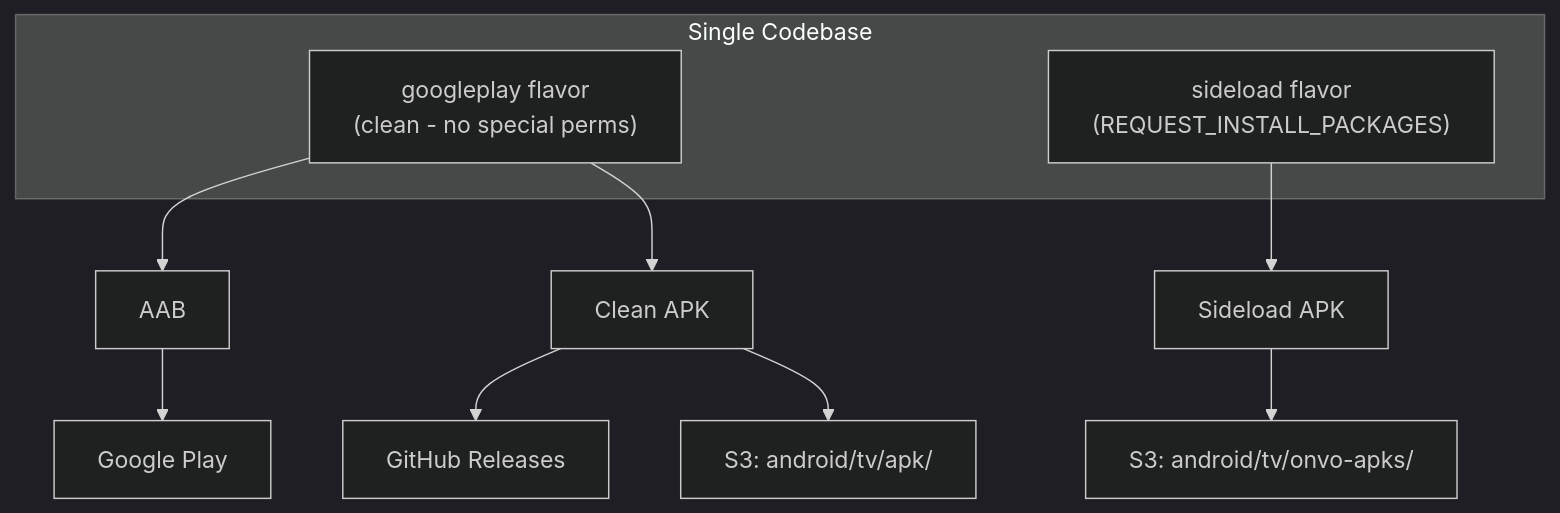
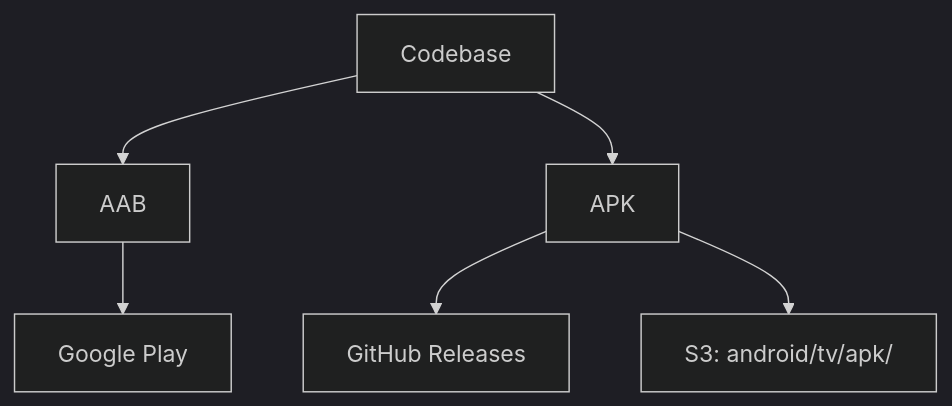
Before and after one commit to YassinNouh21/android-tv-app: the first of 3 diagrams in docs/update-logic.md, drawn with Mermaid (dark theme). The commit also changed other lines of this file and 9 other files, not shown here.

````diff
--- a/docs/update-logic.md
+++ b/docs/update-logic.md
@@ -5,16 +5,9 @@
 ```mermaid
 graph TD
-    subgraph Codebase["Single Codebase"]
-        GP["googleplay flavor<br/>(clean - no special perms)"]
-        SL["sideload flavor<br/>(REQUEST_INSTALL_PACKAGES)"]
-    end
-
-    GP --> AAB["AAB"]
-    GP --> APK_CLEAN["Clean APK"]
-    SL --> APK_SIDE["Sideload APK"]
+    Codebase --> AAB["AAB"]
+    Codebase --> APK["APK"]
 
     AAB --> PLAY["Google Play"]
-    APK_CLEAN --> GITHUB["GitHub Releases"]
-    APK_CLEAN --> S3_APK["S3: android/tv/apk/"]
-    APK_SIDE --> S3_SIDE["S3: android/tv/onvo-apks/"]
+    APK --> GITHUB["GitHub Releases"]
+    APK --> S3_APK["S3: android/tv/apk/"]
 ```
````
